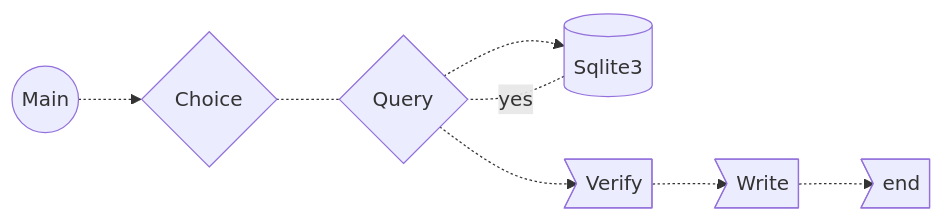
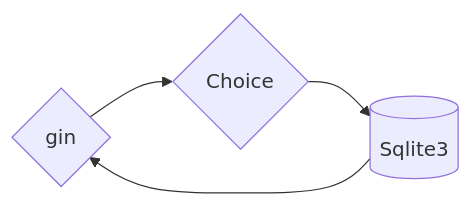
One commit to XRSec/sslt changed the fourth of 4 diagrams in docs/README.md. Above: the diagram before and after it, drawn with Mermaid. The commit also changed other lines of this file and 6 other files, not shown here.

````diff
--- a/docs/README.md
+++ b/docs/README.md
@@ -115,4 +106,4 @@
 ```mermaid
 flowchart LR
-    Main((Main))-.->Choice{Choice}-.-Query{Query}-.->Sqlite3[(Sqlite3)]-.yes.-Query{Query}-.->Verify>Verify]-.->Write>Write]-.->End>end];
+    gin{gin}-->Choice{Choice}-->Sqlite3[(Sqlite3)]-->gin{gin};
 ```
````
